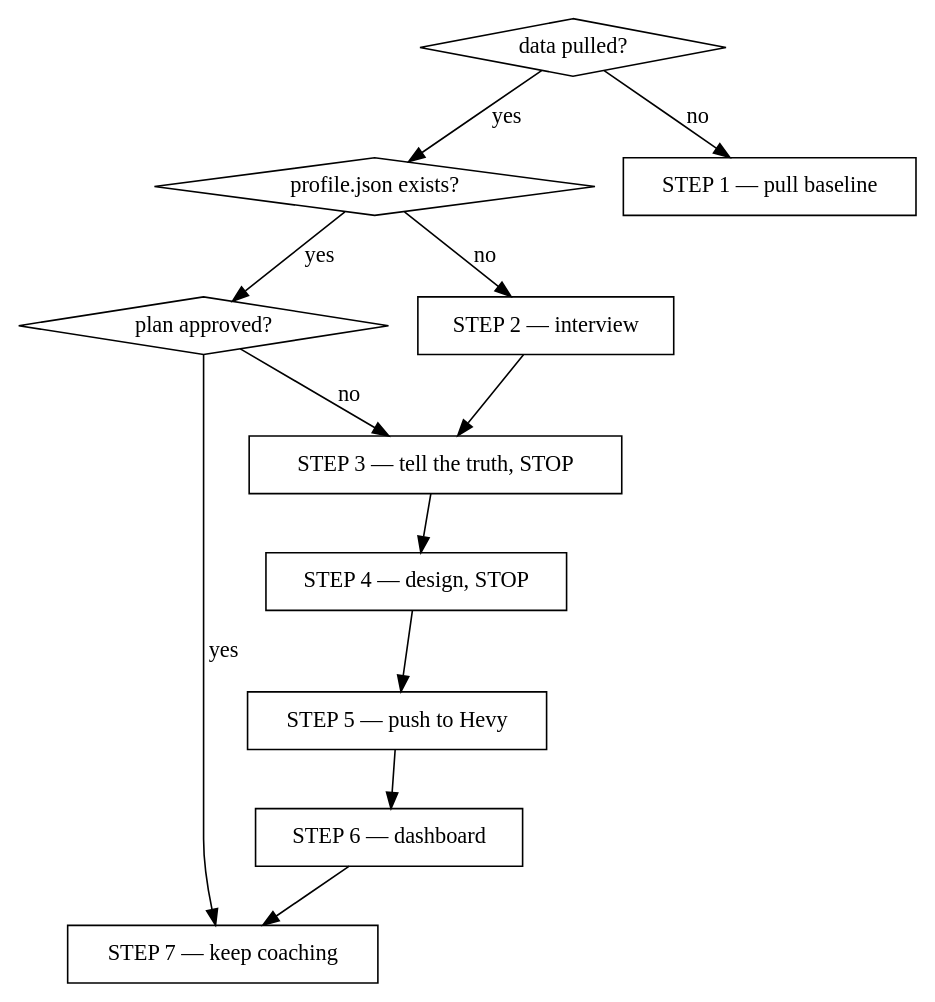
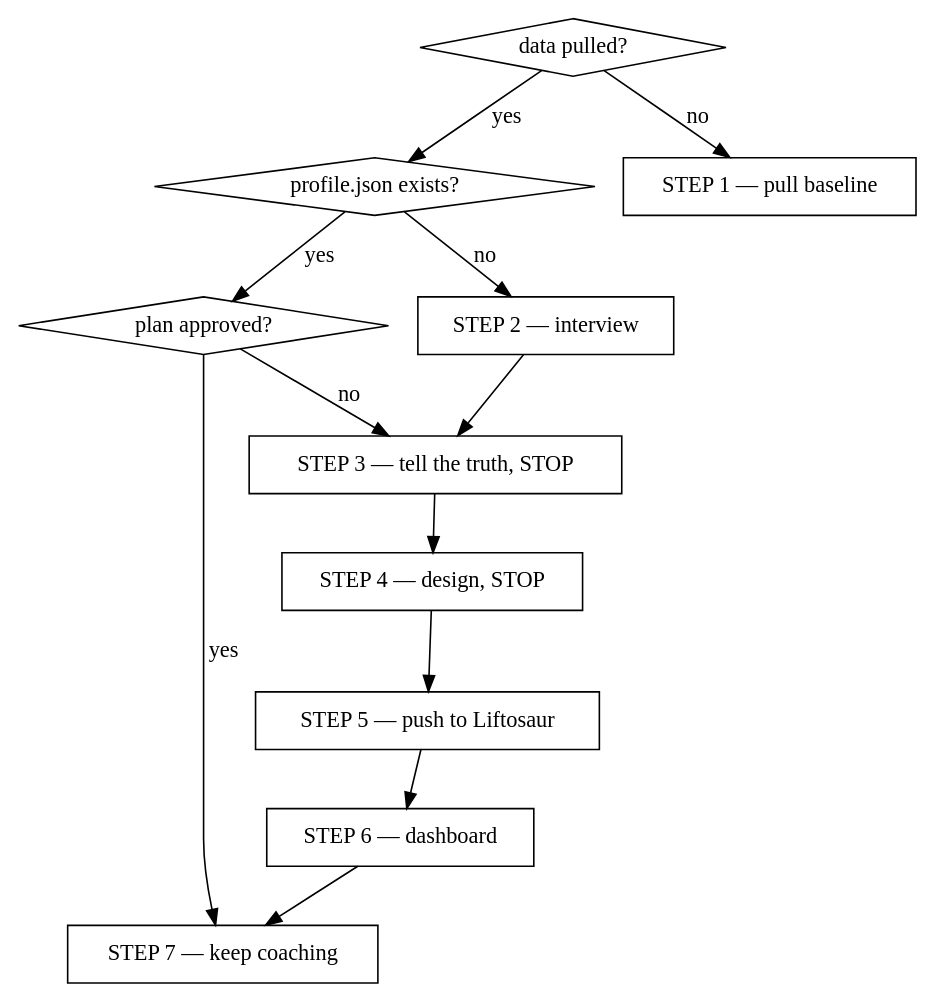
The diagram in SKILL.md (kiefferganza/kg-trainer), drawn with Graphviz before and after one commit. The commit also changed other lines of this file and 10 other files, not shown here.

First line of the commit message:
feat!: replace Hevy with Liftosaur across the skill and its docs

````diff
--- a/SKILL.md
+++ b/SKILL.md
@@ -19,26 +19,26 @@
 ```dot
 digraph steps {
   "data pulled?" [shape=diamond];
   "profile.json exists?" [shape=diamond];
   "plan approved?" [shape=diamond];
   "STEP 1 — pull baseline" [shape=box];
   "STEP 2 — interview" [shape=box];
   "STEP 3 — tell the truth, STOP" [shape=box];
   "STEP 4 — design, STOP" [shape=box];
-  "STEP 5 — push to Hevy" [shape=box];
+  "STEP 5 — push to Liftosaur" [shape=box];
   "STEP 6 — dashboard" [shape=box];
   "STEP 7 — keep coaching" [shape=box];
 
   "data pulled?" -> "STEP 1 — pull baseline" [label="no"];
   "data pulled?" -> "profile.json exists?" [label="yes"];
   "profile.json exists?" -> "STEP 2 — interview" [label="no"];
   "profile.json exists?" -> "plan approved?" [label="yes"];
   "plan approved?" -> "STEP 3 — tell the truth, STOP" [label="no"];
   "plan approved?" -> "STEP 7 — keep coaching" [label="yes"];
   "STEP 2 — interview" -> "STEP 3 — tell the truth, STOP";
   "STEP 3 — tell the truth, STOP" -> "STEP 4 — design, STOP";
-  "STEP 4 — design, STOP" -> "STEP 5 — push to Hevy";
-  "STEP 5 — push to Hevy" -> "STEP 6 — dashboard";
+  "STEP 4 — design, STOP" -> "STEP 5 — push to Liftosaur";
+  "STEP 5 — push to Liftosaur" -> "STEP 6 — dashboard";
   "STEP 6 — dashboard" -> "STEP 7 — keep coaching";
 }
 ```
````
